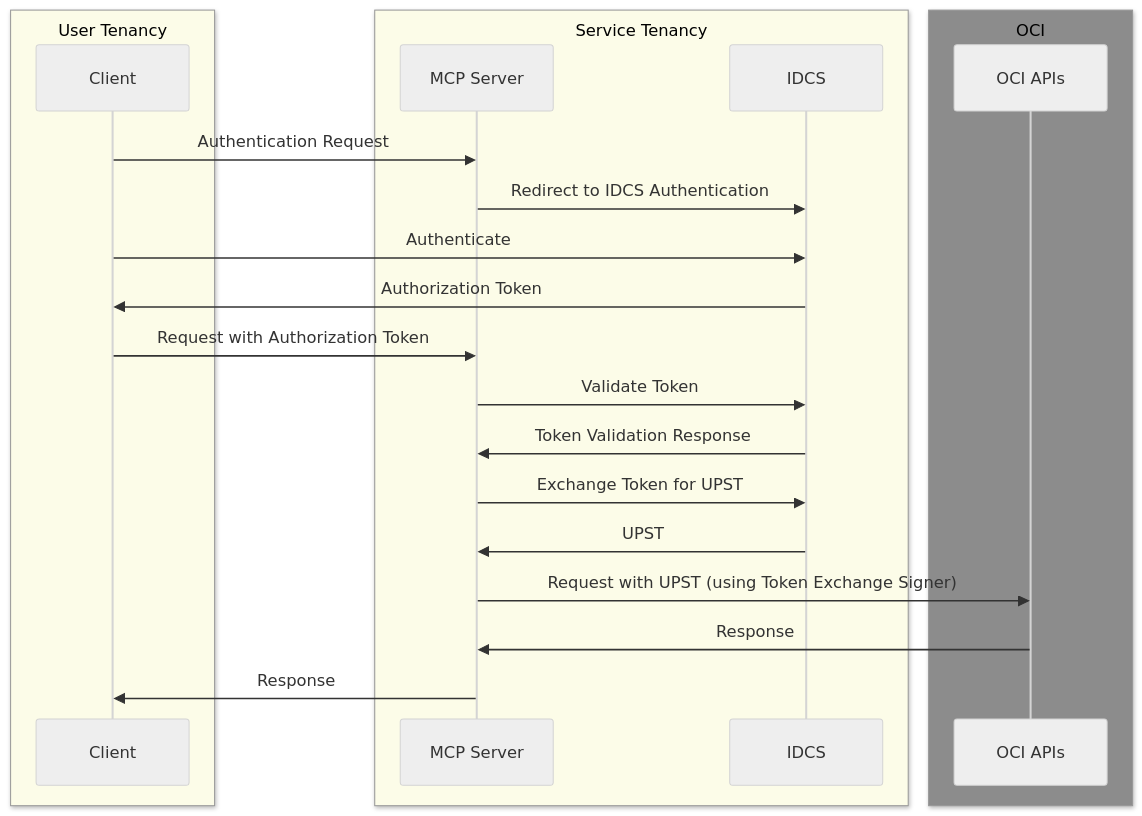
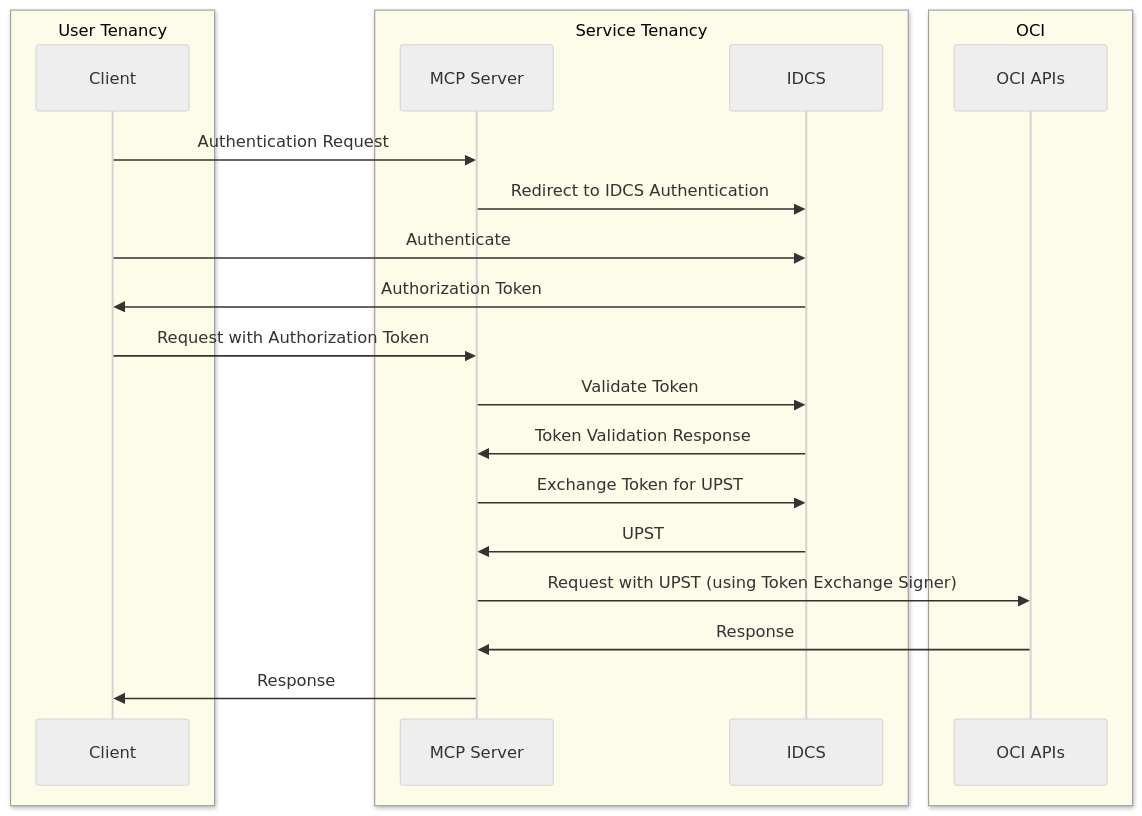
One commit to cboffa13/mcp-examples changed the diagram in server/README.md. Above: the diagram before and after it, drawn with Mermaid (neutral theme).

Commit message:
chore: Change OCI box color in README diagram (#12)
Picking up a leftover update from https://github.com/oracle-samples/mcp-examples/pull/11/changes

````diff
--- a/server/README.md
+++ b/server/README.md
@@ -40,27 +40,27 @@
 ```mermaid
 sequenceDiagram
     box hsl(60, 80%, 95%) User Tenancy
     participant Client
     end
     box hsl(60, 80%, 95%) Service Tenancy
     participant MCP Server
     participant IDCS
     end
 
-    box rgb(140,140,140) OCI
+    box hsl(60, 80%, 95%) OCI
     participant OCI APIs
     end
 
     Client->>MCP Server: Authentication Request
     MCP Server->>IDCS: Redirect to IDCS Authentication
     Client->>IDCS: Authenticate
     IDCS->>Client: Authorization Token
     Client->>MCP Server: Request with Authorization Token
     MCP Server->>IDCS: Validate Token
     IDCS->>MCP Server: Token Validation Response
     MCP Server->>IDCS: Exchange Token for UPST
     IDCS->>MCP Server: UPST
     MCP Server->>OCI APIs: Request with UPST (using Token Exchange Signer)
     OCI APIs->>MCP Server: Response
     MCP Server->>Client: Response
 ```
````
